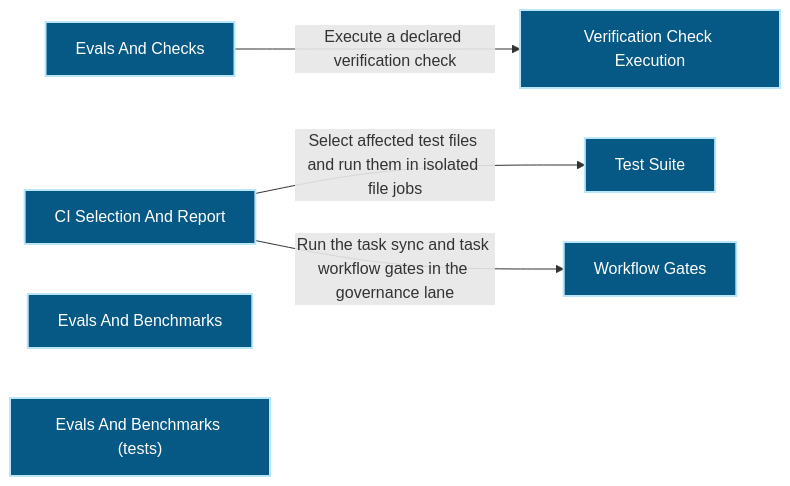
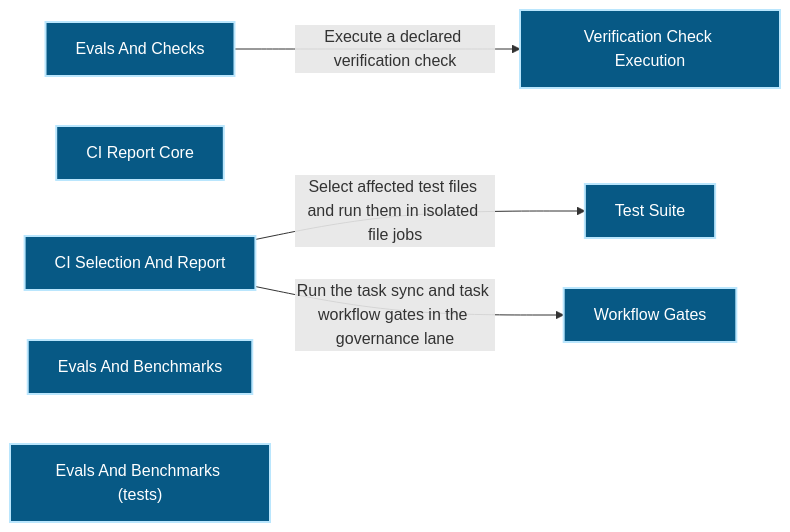
Before and after one commit to Ancienttwo/repo-harness: the first of 2 diagrams in docs/architecture/modules/verification/evals-checks.md, drawn with Mermaid. The commit also changed other lines of this file and 20 other files, not shown here.

First line of the commit message:
chore(projection): refresh generated architecture outputs for main@a81f342c0eb6

````diff
--- a/docs/architecture/modules/verification/evals-checks.md
+++ b/docs/architecture/modules/verification/evals-checks.md
@@ -15,17 +15,18 @@
 ```mermaid
 flowchart LR
   p1_capability_verification_evals_checks_82b2358d["Evals And Checks"]:::component
+  p1_component_evals_checks_ci_report_core_bad5afc5["CI Report Core"]:::component
   p1_component_evals_checks_ci_selection_1676883f["CI Selection And Report"]:::component
   p1_component_evals_checks_evals_and_benchmarks_d3fc3d88["Evals And Benchmarks"]:::component
   p1_component_evals_checks_evals_and_benchmarks_tests_35f650fc["Evals And Benchmarks (tests)"]:::component
   p1_component_evals_checks_primary_dcf800ce["Verification Check Execution"]:::component
   p1_component_evals_checks_test_suite_c0118bc1["Test Suite"]:::component
   p1_component_evals_checks_workflow_gates_ac14cbe4["Workflow Gates"]:::component
   p1_component_evals_checks_ci_selection_1676883f -->|"Select affected test files and run them in isolated file jobs"| p1_component_evals_checks_test_suite_c0118bc1
   p1_component_evals_checks_ci_selection_1676883f -->|"Run the task sync and task workflow gates in the governance lane"| p1_component_evals_checks_workflow_gates_ac14cbe4
   p1_capability_verification_evals_checks_82b2358d -->|"Execute a declared verification check"| p1_component_evals_checks_primary_dcf800ce
   classDef actor fill:#111827,color:#ffffff,stroke:#f9fafb,stroke-width:2px
   classDef component fill:#075985,color:#ffffff,stroke:#bae6fd,stroke-width:2px
   classDef datastore fill:#3f6212,color:#ffffff,stroke:#d9f99d,stroke-width:2px
   classDef external fill:#7c2d12,color:#ffffff,stroke:#fed7aa,stroke-width:2px
 ```
````
